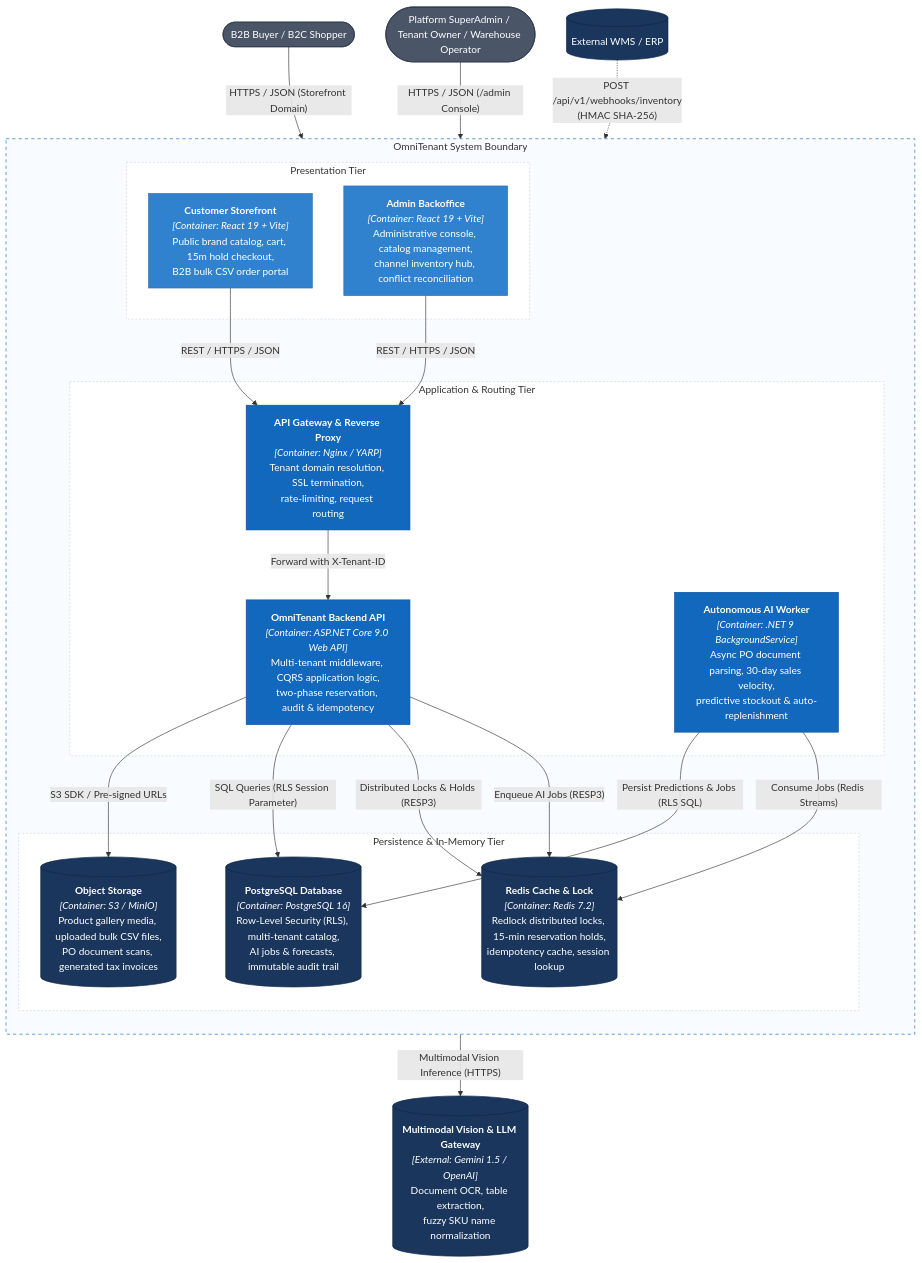
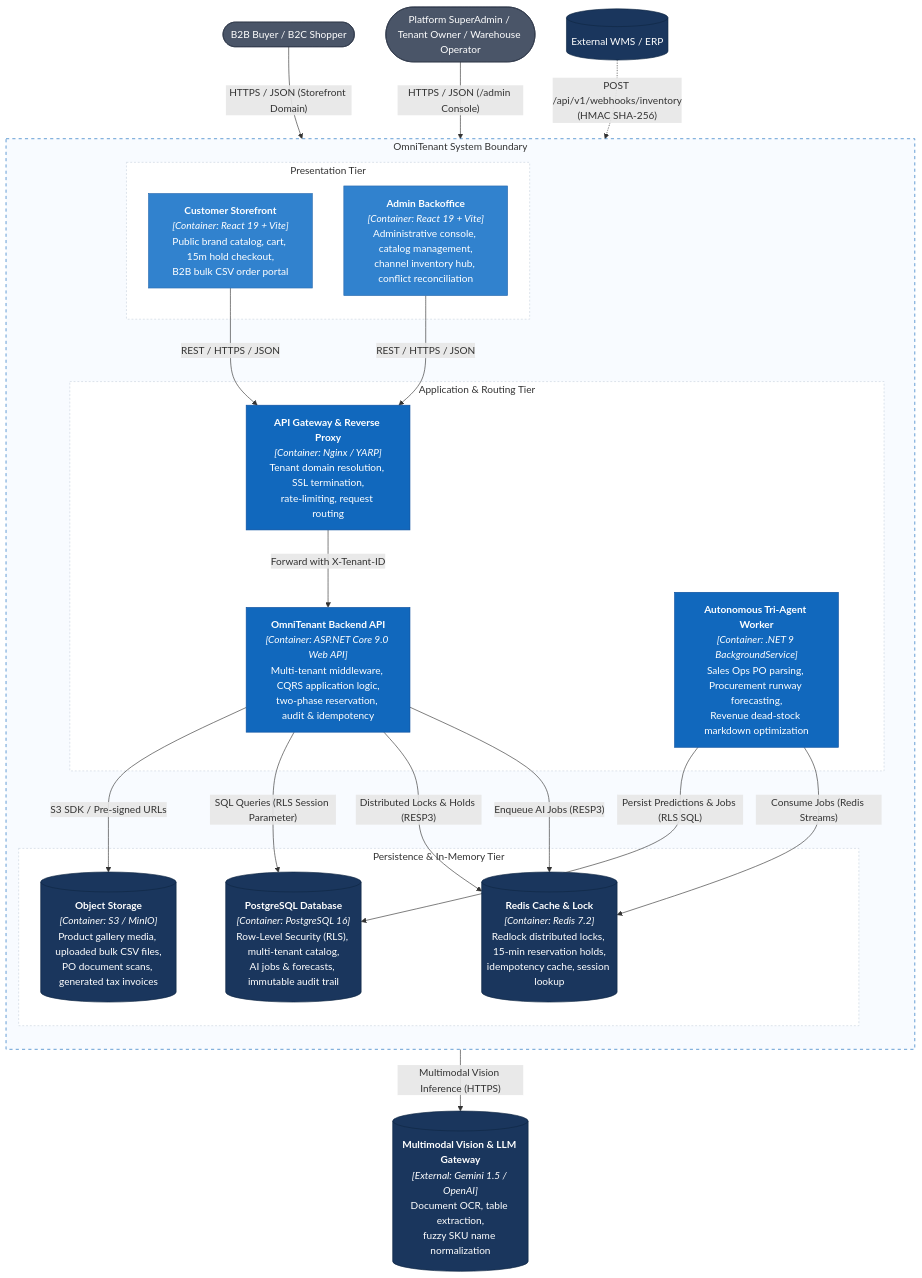
One commit to keybeand/OmniTennant changed the diagram in docs/architecture/c4/02-container.md. Above: the diagram before and after it, drawn with Mermaid. The commit also changed other lines of this file and 12 other files, not shown here.

Commit message:
feat(ai): elevate to Autonomous Commerce OS with Tri-Agent Closed-Loop Automation

````diff
--- a/docs/architecture/c4/02-container.md
+++ b/docs/architecture/c4/02-container.md
@@ -11,62 +11,62 @@
 ```mermaid
 flowchart TB
     admin(["Platform SuperAdmin / Tenant Owner / Warehouse Operator"])
     shopper(["B2B Buyer / B2C Shopper"])
     extWms[("External WMS / ERP")]
 
     subgraph platform["OmniTenant System Boundary"]
         direction TB
 
         subgraph frontendTier["Presentation Tier"]
             storefrontApp["<b>Customer Storefront</b><br/><i>[Container: React 19 + Vite]</i><br/>Public brand catalog, cart, 15m hold checkout,<br/>B2B bulk CSV order portal"]
             backofficeApp["<b>Admin Backoffice</b><br/><i>[Container: React 19 + Vite]</i><br/>Administrative console, catalog management,<br/>channel inventory hub, conflict reconciliation"]
         end
 
         subgraph apiTier["Application & Routing Tier"]
             apiGateway["<b>API Gateway & Reverse Proxy</b><br/><i>[Container: Nginx / YARP]</i><br/>Tenant domain resolution, SSL termination,<br/>rate-limiting, request routing"]
             backendApp["<b>OmniTenant Backend API</b><br/><i>[Container: ASP.NET Core 9.0 Web API]</i><br/>Multi-tenant middleware, CQRS application logic,<br/>two-phase reservation, audit & idempotency"]
-            aiWorker["<b>Autonomous AI Worker</b><br/><i>[Container: .NET 9 BackgroundService]</i><br/>Async PO document parsing, 30-day sales velocity,<br/>predictive stockout & auto-replenishment"]
+            aiWorker["<b>Autonomous Tri-Agent Worker</b><br/><i>[Container: .NET 9 BackgroundService]</i><br/>Sales Ops PO parsing, Procurement runway forecasting,<br/>Revenue dead-stock markdown optimization"]
         end
 
         subgraph storageTier["Persistence & In-Memory Tier"]
             redisCache[("<b>Redis Cache & Lock</b><br/><i>[Container: Redis 7.2]</i><br/>Redlock distributed locks, 15-min reservation holds,<br/>idempotency cache, session lookup")]
             postgresDb[("<b>PostgreSQL Database</b><br/><i>[Container: PostgreSQL 16]</i><br/>Row-Level Security (RLS), multi-tenant catalog,<br/>AI jobs & forecasts, immutable audit trail")]
             blobStorage[("<b>Object Storage</b><br/><i>[Container: S3 / MinIO]</i><br/>Product gallery media, uploaded bulk CSV files,<br/>PO document scans, generated tax invoices")]
         end
     end
 
     llmService[("<b>Multimodal Vision & LLM Gateway</b><br/><i>[External: Gemini 1.5 / OpenAI]</i><br/>Document OCR, table extraction,<br/>fuzzy SKU name normalization")]
 
     shopper -- "HTTPS / JSON (Storefront Domain)" --> storefrontApp
     admin -- "HTTPS / JSON (/admin Console)" --> backofficeApp
     extWms -.->|"POST /api/v1/webhooks/inventory<br/>(HMAC SHA-256)"| apiGateway
 
     storefrontApp -- "REST / HTTPS / JSON" --> apiGateway
     backofficeApp -- "REST / HTTPS / JSON" --> apiGateway
 
     apiGateway -- "Forward with X-Tenant-ID" --> backendApp
 
     backendApp -- "Enqueue AI Jobs (RESP3)" --> redisCache
     aiWorker -- "Consume Jobs (Redis Streams)" --> redisCache
     aiWorker -- "Multimodal Vision Inference (HTTPS)" --> llmService
     aiWorker -- "Persist Predictions & Jobs (RLS SQL)" --> postgresDb
 
     backendApp -- "Distributed Locks & Holds (RESP3)" --> redisCache
     backendApp -- "SQL Queries (RLS Session Parameter)" --> postgresDb
     backendApp -- "S3 SDK / Pre-signed URLs" --> blobStorage
 
     classDef user fill:#4a5568,color:#fff,stroke:#2d3748
     classDef client fill:#3182ce,color:#fff,stroke:#2b6cb0
     classDef app fill:#1168bd,color:#fff,stroke:#0b4f9e
     classDef data fill:#1a365d,color:#fff,stroke:#0f2744
 
     class admin,shopper user
     class storefrontApp,backofficeApp client
     class apiGateway,backendApp,aiWorker app
     class redisCache,postgresDb,blobStorage,extWms,llmService data
 
     style platform fill:#f8fbff,stroke:#1168bd,stroke-dasharray:5 5
     style frontendTier fill:#ffffff,stroke:#cbd5e0,stroke-dasharray:3 3
     style apiTier fill:#ffffff,stroke:#cbd5e0,stroke-dasharray:3 3
     style storageTier fill:#ffffff,stroke:#cbd5e0,stroke-dasharray:3 3
 ```
````
